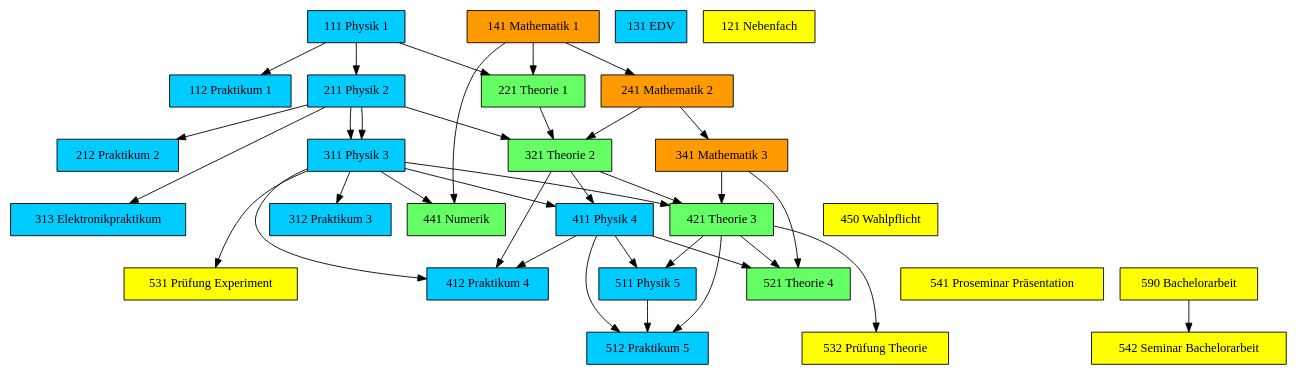
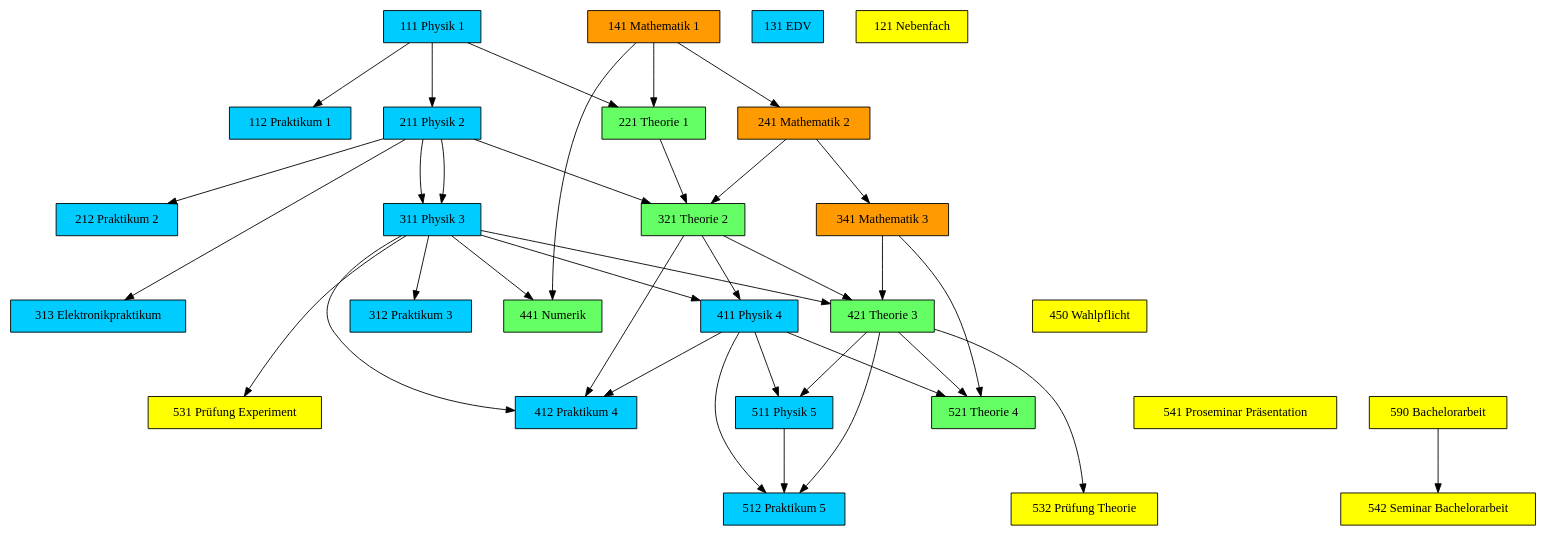
Before and after one commit to martin-ueding/master-of-physics-skilltree: the diagram in Skilltree-Bachelor-2006.dot, drawn with Graphviz.

Commit message:
Give it more space

```diff
--- a/Skilltree-Bachelor-2006.dot
+++ b/Skilltree-Bachelor-2006.dot
@@ -1,136 +1,139 @@
 // Copyright © 2015 Martin Ueding <dev@martin-ueding.de>
 
 digraph {
+    nodesep = .50
+    ranksep = 1.0
+
     node [shape=box style=filled]
 
     {
         node[fillcolor="#00CCFF"]
 
         111 [label="111 Physik 1"]
         211 [label="211 Physik 2"]
         311 [label="311 Physik 3"]
         411 [label="411 Physik 4"]
         511 [label="511 Physik 5"]
 
         112 [label="112 Praktikum 1"]
         212 [label="212 Praktikum 2"]
         312 [label="312 Praktikum 3"]
         313 [label="313 Elektronikpraktikum"]
         412 [label="412 Praktikum 4"]
         512 [label="512 Praktikum 5"]
 
         131 [label="131 EDV"]
     }
     {
         node[fillcolor="#FF9A00"]
         141 [label="141 Mathematik 1"]
         241 [label="241 Mathematik 2"]
         341 [label="341 Mathematik 3"]
     }
     {
         node[fillcolor="#65FF65"]
         221 [label="221 Theorie 1"]
         321 [label="321 Theorie 2"]
         421 [label="421 Theorie 3"]
         521 [label="521 Theorie 4"]
 
         441 [label="441 Numerik"]
     }
     {
         node[fillcolor="#FFFF00"]
         121 [label="121 Nebenfach"]
         450 [label="450 Wahlpflicht"]
 
         531 [label="531 Prüfung Experiment"]
         532 [label="532 Prüfung Theorie"]
 
         541 [label="541 Proseminar Präsentation"]
         542 [label="542 Seminar Bachelorarbeit"]
 
         590 [label="590 Bachelorarbeit"]
     }
         
     {
         rank = same
 
         111
         141
         121
         131
     }
     {
         rank = same
 
         211
         112
         241
         221
     }
     {
         rank = same
 
         311
         212
         341
         321
     }
     {
         rank = same
 
         312
     }
     {
         rank = same
 
         411
         313
         441
         421
         450
     }
     {
         rank = same
 
         511
         412
         521
         531
         541
         590
     }
     {
         rank = same
 
         512
         532
         542
     }
 
 
     111 -> 112
     211 -> 212
     111 -> 211
     211 -> 311
     311 -> 412
     141, 111 -> 221
     141 -> 241
     211 -> 311
     311 -> 312
     211 -> 313
     241, 221, 211 -> 321
     241 -> 341
     311, 321 -> 411
     411, 321 -> 412
     341, 321, 311 -> 421
     311, 141 -> 441
     411, 421 -> 511
     411, 421, 511 -> 512
     341, 421, 411 -> 521
 
     311 -> 531
     421 -> 532
 
     590 -> 542;
 }
 
 // vim: autoindent
```
